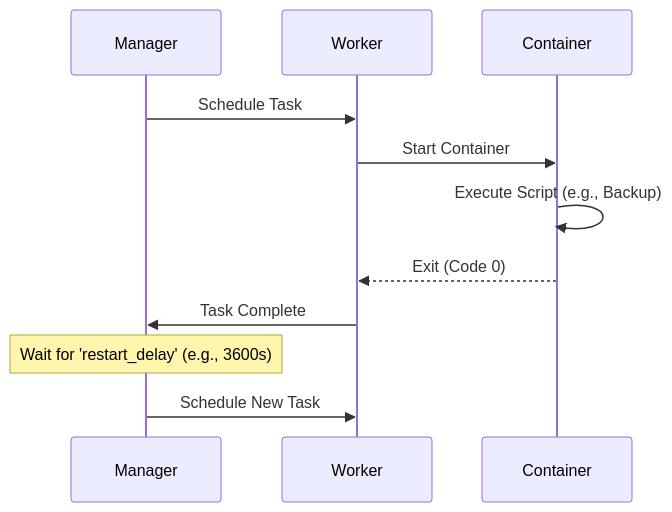
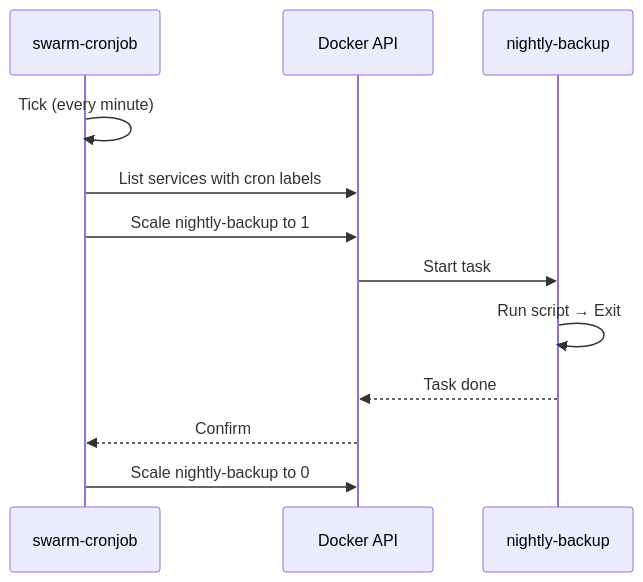
Before and after one commit to neerajnakka/Task7-ecs: the third of 4 diagrams in task12-docker-swarm-cronjobs/02_Cronjobs_on_Swarm.md, drawn with Mermaid. The commit also changed other lines of this file and 2 other files, not shown here.

Commit message:
Complete task 12: Research document on Docker swarm and crontabs

````diff
--- a/task12-docker-swarm-cronjobs/02_Cronjobs_on_Swarm.md
+++ b/task12-docker-swarm-cronjobs/02_Cronjobs_on_Swarm.md
@@ -49,14 +237,15 @@
 ```mermaid
 sequenceDiagram
-    participant Manager
-    participant Worker
-    participant Container
-    
-    Manager->>Worker: Schedule Task
-    Worker->>Container: Start Container
-    Container->>Container: Execute Script (e.g., Backup)
-    Container-->>Worker: Exit (Code 0)
-    Worker->>Manager: Task Complete
-    Note over Manager: Wait for 'restart_delay' (e.g., 3600s)
-    Manager->>Worker: Schedule New Task
+    participant Controller as swarm-cronjob
+    participant API as Docker API
+    participant Job as nightly-backup
+
+    Controller->>Controller: Tick (every minute)
+    Controller->>API: List services with cron labels
+    Controller->>API: Scale nightly-backup to 1
+    API->>Job: Start task
+    Job->>Job: Run script → Exit
+    Job-->>API: Task done
+    API-->>Controller: Confirm
+    Controller->>API: Scale nightly-backup to 0
 ```
````
